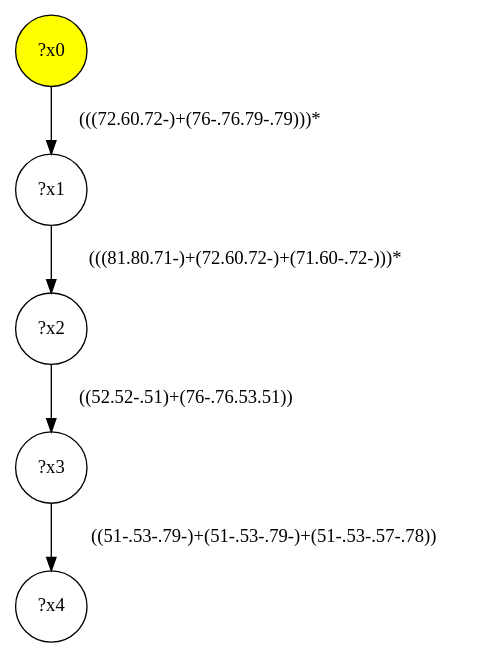
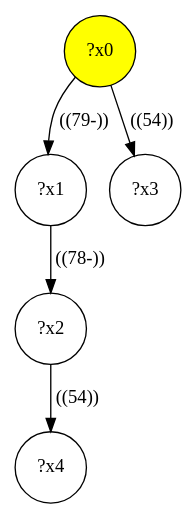
The diagram in lib/gmark/demo/shop/shop-interface/query-45.dot (MathieuGicquel/federated-benchmark), drawn with Graphviz before and after one commit. The commit also changed 361 other files, not shown here.

```diff
--- a/lib/gmark/demo/shop/shop-interface/query-45.dot
+++ b/lib/gmark/demo/shop/shop-interface/query-45.dot
@@ -1,11 +1,11 @@
 digraph g {
 	x0 [fillcolor="yellow", style="filled," shape=circle, label="?x0"];
 	x1 [shape=circle, label="?x1"];
-	x0 -> x1 [label="(((72.60.72-)+(76-.76.79-.79)))*"];
+	x0 -> x1 [label="((79-))"];
 	x2 [shape=circle, label="?x2"];
-	x1 -> x2 [label="(((81.80.71-)+(72.60.72-)+(71.60-.72-)))*"];
+	x1 -> x2 [label="((78-))"];
 	x3 [shape=circle, label="?x3"];
-	x2 -> x3 [label="((52.52-.51)+(76-.76.53.51))"];
+	x0 -> x3 [label="((54))"];
 	x4 [shape=circle, label="?x4"];
-	x3 -> x4 [label="((51-.53-.79-)+(51-.53-.79-)+(51-.53-.57-.78))"];
+	x2 -> x4 [label="((54))"];
 }
```
